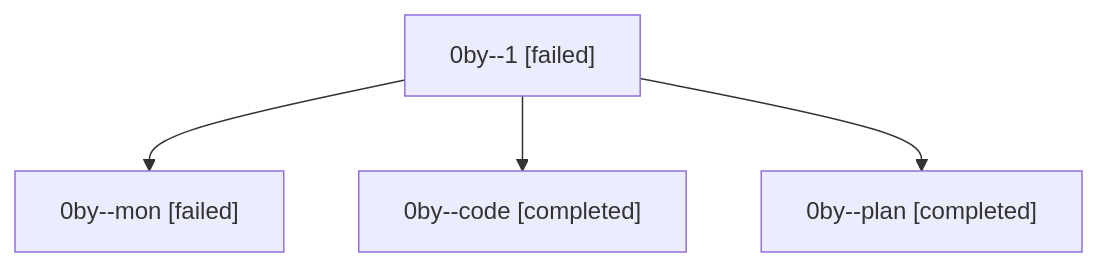
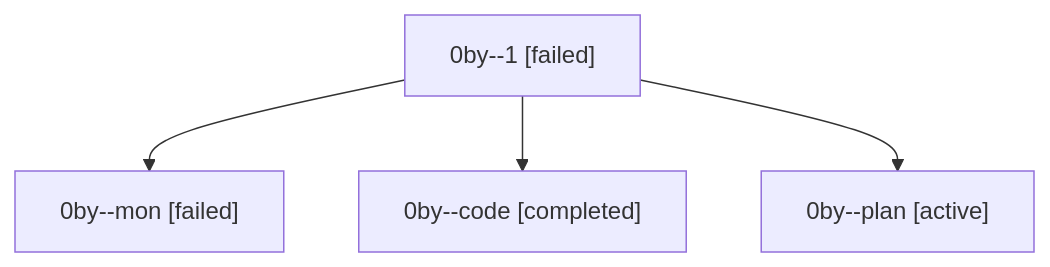
One commit to sase-org/sase--agents changed the diagram in families/bbugyi200.athena.0by.md. Above: the diagram before and after it, drawn with Mermaid. The commit also changed other lines of this file and 35830 other files, not shown here.

````diff
--- a/families/bbugyi200.athena.0by.md
+++ b/families/bbugyi200.athena.0by.md
@@ -9,10 +9,10 @@
 ```mermaid
 flowchart TD
   n0["0by--1 [failed]"]
   n1["0by--mon [failed]"]
   n0 --> n1
   n2["0by--code [completed]"]
   n0 --> n2
-  n3["0by--plan [completed]"]
+  n3["0by--plan [active]"]
   n0 --> n3
 ```
````
